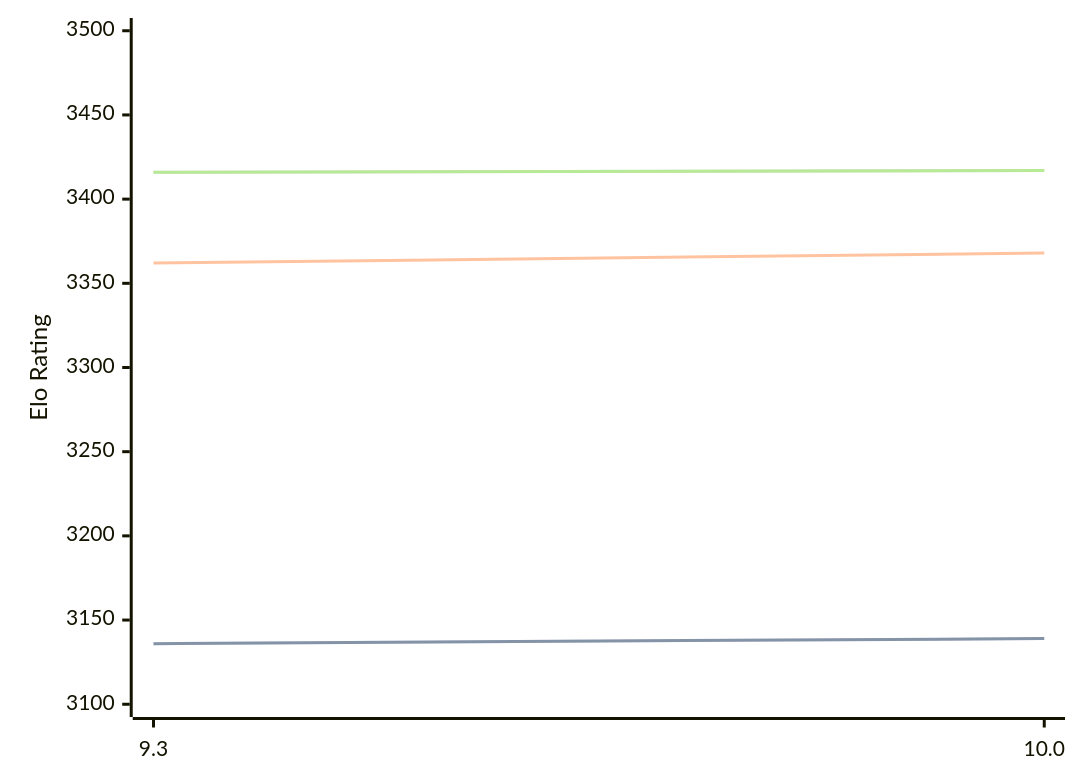
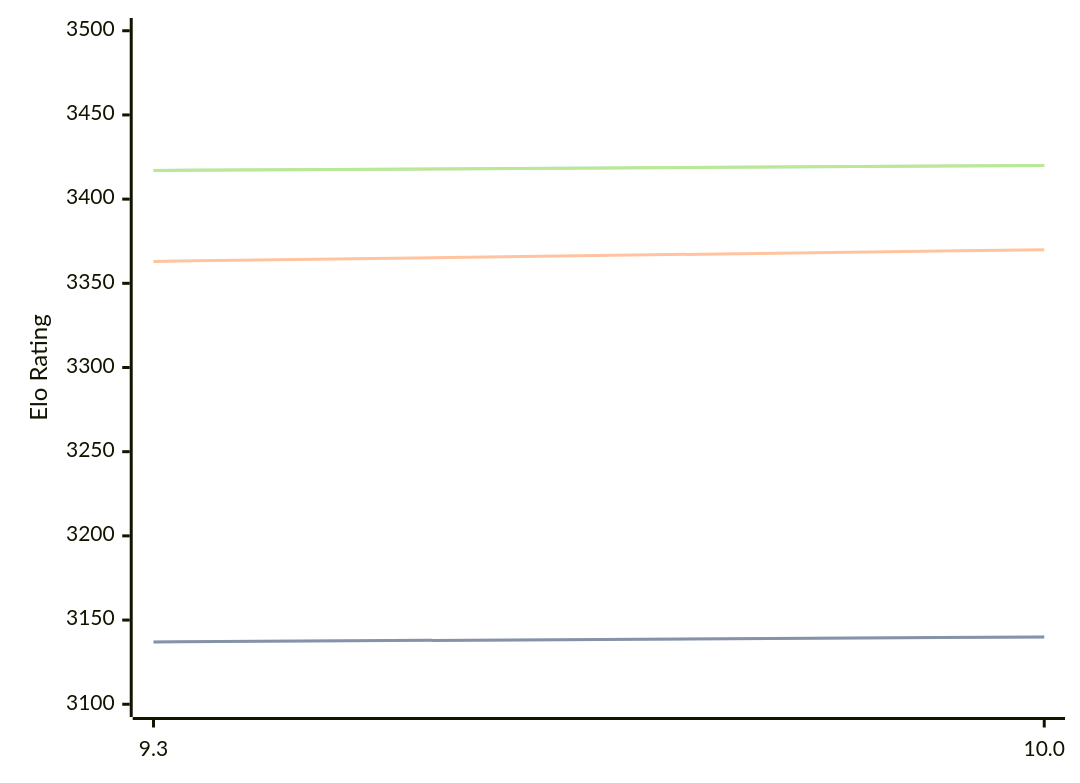
One commit to computer-chess-index/cci changed the diagram in engines/Fire.md. Above: the diagram before and after it, drawn with Mermaid. The commit also changed other lines of this file, not shown here.

Commit message:
Update CCI Ratings (ELO VLTC) - 2026-08-09

````diff
--- a/engines/Fire.md
+++ b/engines/Fire.md
@@ -32,11 +32,11 @@
 ```mermaid
 %%{init: {"theme":"base","themeVariables":{"seriesColors:['#a3a3a3','#222221','#faa371']}}}%%
 xychart-beta
   x-axis ["9.3", "10.0"]
   y-axis "Elo Rating" 3100 --> 3500
-  line "STC (8.0+0.08s)" [3136, 3139]
-  line "STC (8.0+0.08s)" [3136, 3139]
-  line "LTC (60.0+0.60s)" [3362, 3368]
-  line "VLTC (2m24s+1.12s)" [3416, 3417]
-  line "VLTC (2m24s+1.12s)" [3416, 3417]
+  line "STC (8.0+0.08s)" [3137, 3140]
+  line "STC (8.0+0.08s)" [3137, 3140]
+  line "LTC (60.0+0.60s)" [3363, 3370]
+  line "VLTC (2m24s+1.12s)" [3417, 3420]
+  line "VLTC (2m24s+1.12s)" [3417, 3420]
 ```
````
